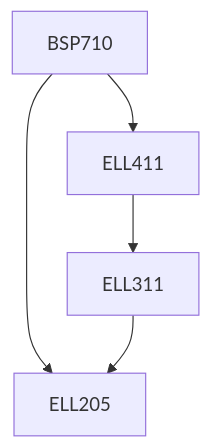
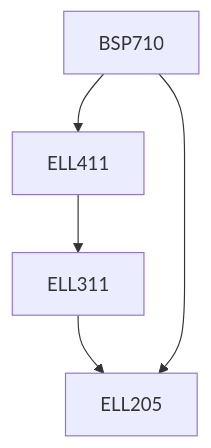
One commit to KeshavBansal0122/CoS_Website changed the diagram in content/Bharti School of Telecommunication Technology and Management/BSP710.md. Above: the diagram before and after it, drawn with Mermaid. The commit also changed other lines of this file and 2662 other files, not shown here.

````diff
--- a/content/Bharti School of Telecommunication Technology and Management/BSP710.md
+++ b/content/Bharti School of Telecommunication Technology and Management/BSP710.md
@@ -13,11 +13,11 @@
 ```mermaid
 flowchart TD
 BSP710-104[BSP710]
+ELL311-104 --> ELL205-104[ELL205]
+BSP710-104 --> ELL205-104[ELL205]
+ELL411-104 --> ELL311-104[ELL311]
 BSP710-104 --> ELL411-104[ELL411]
-BSP710-104 --> ELL205-104[ELL205]
-ELL311-104 --> ELL205-104[ELL205]
-ELL411-104 --> ELL311-104[ELL311]
 
 classDef empty height:17px, fill:transparent, stroke:transparent;
 classDef trueEmpty height:0px, width:0px;
 ```
````
